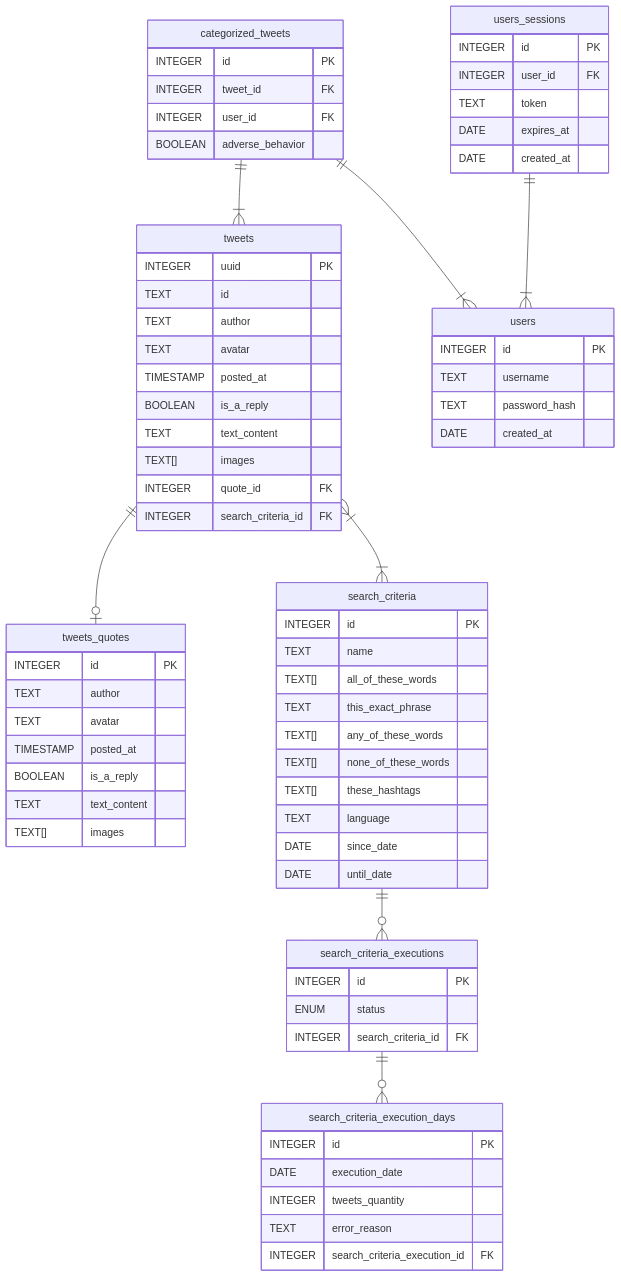
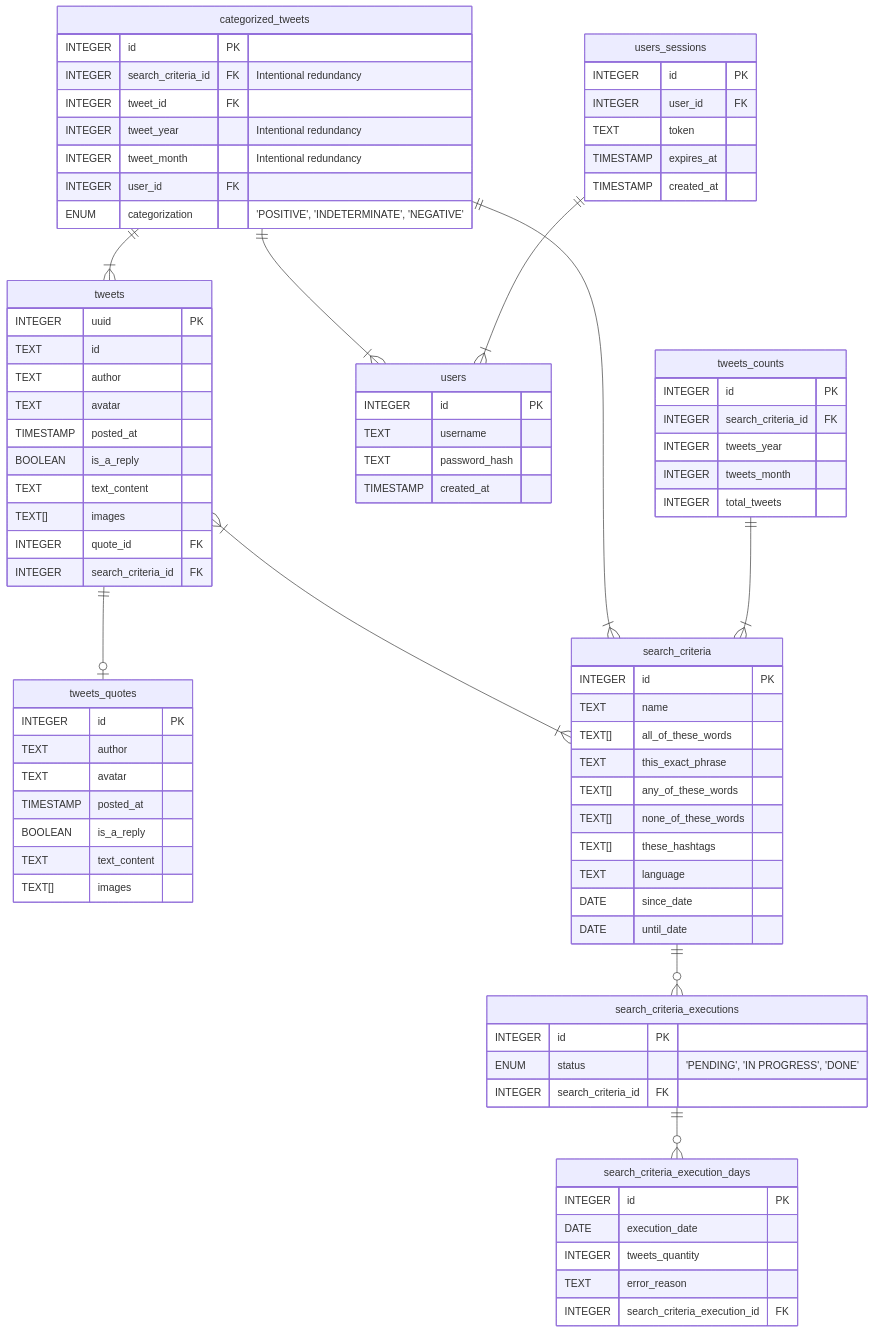
Before and after one commit to lhbelfanti/ahbcc: the diagram in README.md, drawn with Mermaid. The commit also changed 1 other file, not shown here.

Commit message:
📝 Updated ERD diagram: added tweets_counts table and modified categorized_tweets table

````diff
--- a/README.md
+++ b/README.md
@@ -91,7 +91,7 @@
     search_criteria_executions ||--o{ search_criteria_execution_days : ""
     search_criteria_executions {
         INTEGER id PK
-        ENUM status
+        ENUM status "'PENDING', 'IN PROGRESS', 'DONE'"
         INTEGER search_criteria_id FK
     }
     search_criteria_execution_days {
@@ -105,22 +105,34 @@
         INTEGER id PK
         TEXT username
         TEXT password_hash
-        DATE created_at
+        TIMESTAMP created_at
     }
+    categorized_tweets ||--|{ search_criteria : ""
     categorized_tweets ||--|{ tweets : ""
     categorized_tweets ||--|{ users : ""
     categorized_tweets {
         INTEGER id PK
+        INTEGER search_criteria_id FK "Intentional redundancy"
         INTEGER tweet_id FK
+        INTEGER tweet_year "Intentional redundancy"
+        INTEGER tweet_month "Intentional redundancy"
         INTEGER user_id FK
-        BOOLEAN adverse_behavior
+        ENUM categorization "'POSITIVE', 'INDETERMINATE', 'NEGATIVE'"
     }
     users_sessions ||--|{ users : ""
     users_sessions {
         INTEGER id PK
         INTEGER user_id FK
         TEXT token
-        DATE expires_at
-        DATE created_at
+        TIMESTAMP expires_at
+        TIMESTAMP created_at
+    }
+    tweets_counts ||--|{ search_criteria : ""
+    tweets_counts {
+        INTEGER id PK
+        INTEGER search_criteria_id FK
+        INTEGER tweets_year
+        INTEGER tweets_month
+        INTEGER total_tweets
     }
 ```
````
